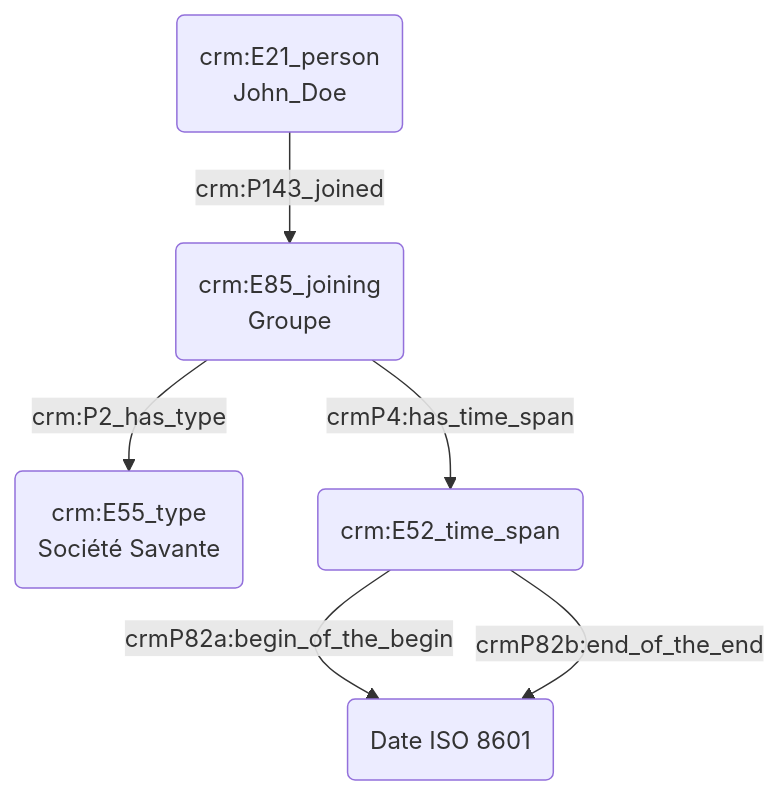
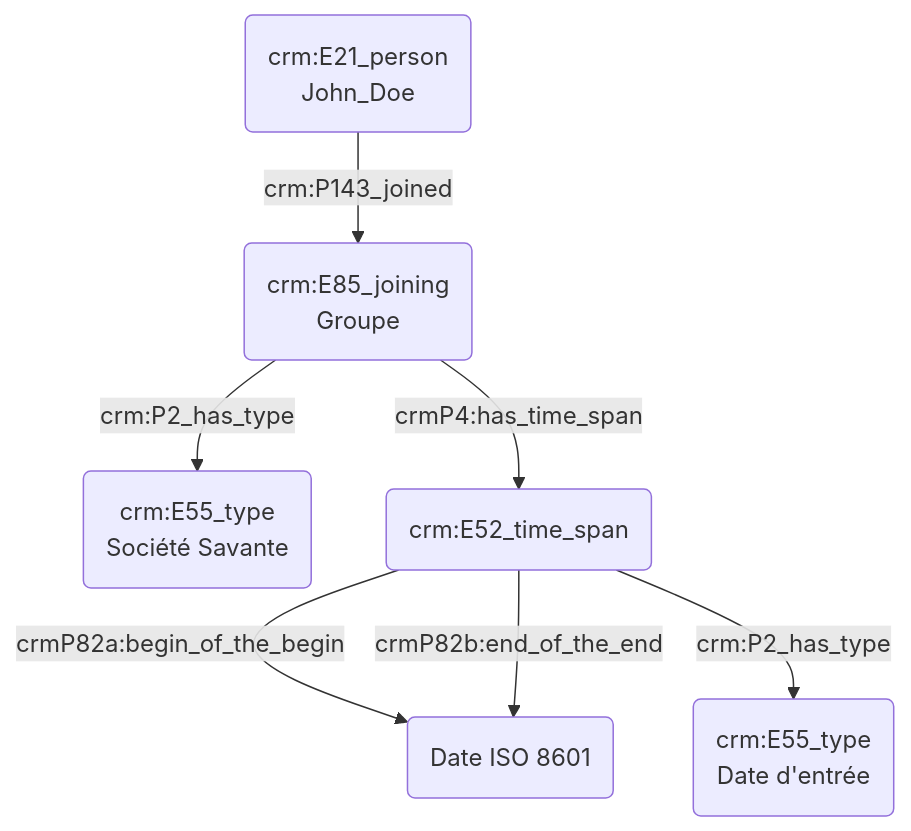
Before and after one commit to Amleth/consortium-musica2-gt2-ontologies: the diagram in modules/livrables/Dossier 2/Prosopographie/appartenance à un groupe social.md, drawn with Mermaid.

Commit message:
Update appartenance à un groupe social.md

````diff
--- a/modules/livrables/Dossier 2/Prosopographie/appartenance à un groupe social.md
+++ b/modules/livrables/Dossier 2/Prosopographie/appartenance à un groupe social.md
@@ -11,11 +11,11 @@
 ```mermaid
 graph TD;
 
 A(crm:E21_person<br>John_Doe) -->|crm:P143_joined| B(crm:E85_joining<br>Groupe)
 B(crm:E85_joining<br>Groupe) -->|crm:P2_has_type| C(crm:E55_type<br>Société Savante)
 B(crm:E85_joining<br>Groupe) --> |crmP4:has_time_span| D(crm:E52_time_span)
 D(crm:E52_time_span) --> |crmP82a:begin_of_the_begin| E(Date ISO 8601)
 D(crm:E52_time_span) --> |crmP82b:end_of_the_end| E(Date ISO 8601)
-
+D(crm:E52_time_span) -->|crm:P2_has_type| F(crm:E55_type<br>Date d'entrée)
 
 ```
````
